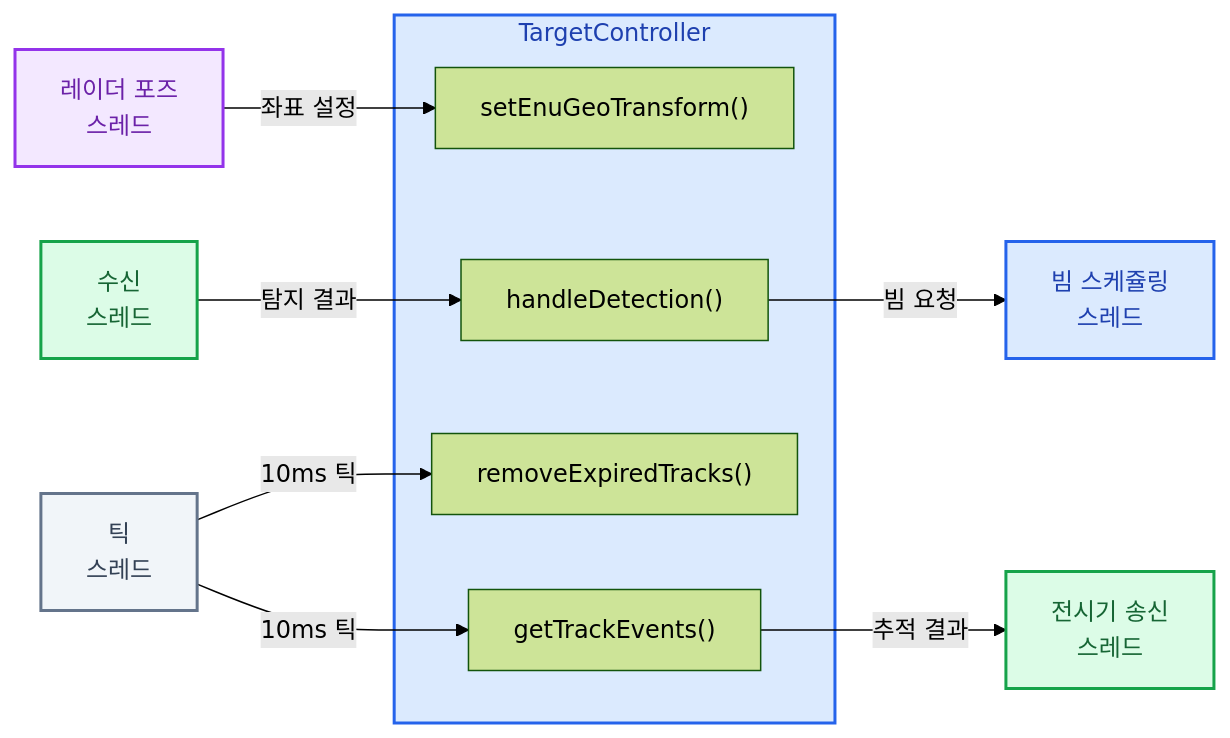
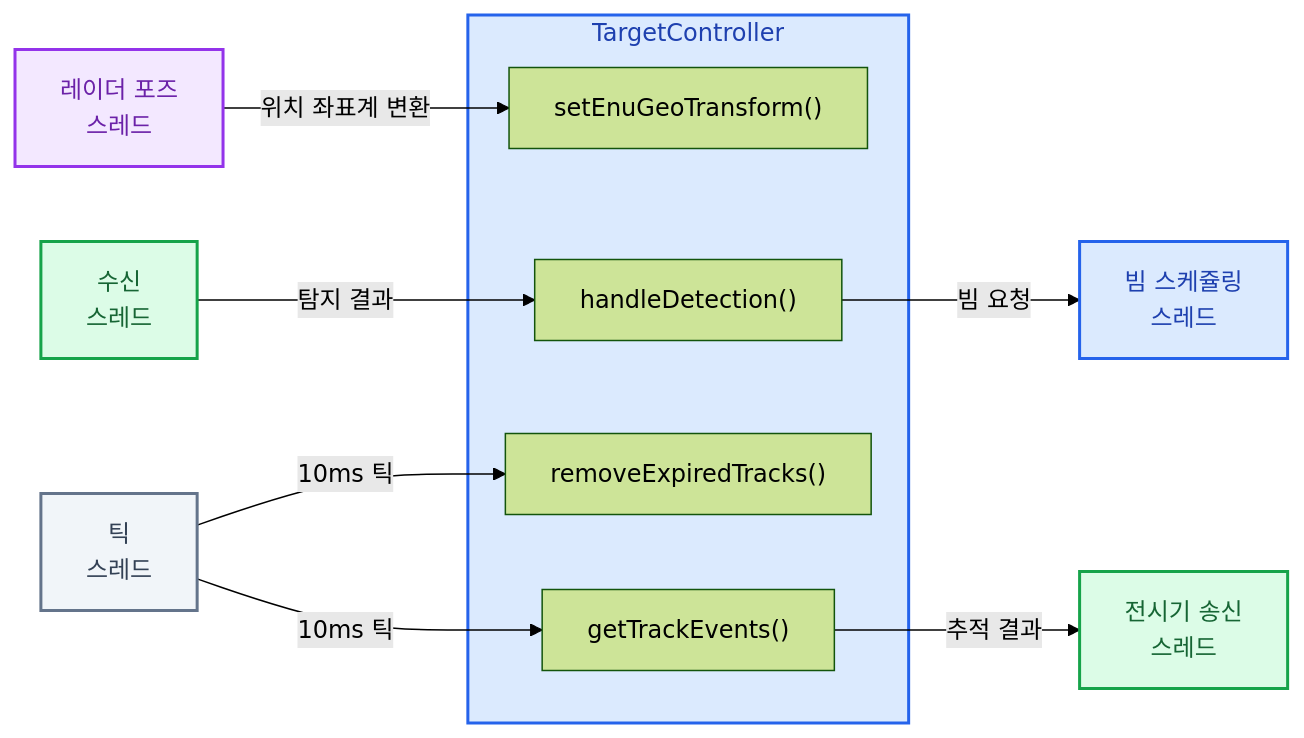
Before and after one commit to AESAlien/aesa-processor: the first of 3 diagrams in src/target/README.md, drawn with Mermaid (forest theme). The commit also changed other lines of this file and 9 other files, not shown here.

````diff
--- a/src/target/README.md
+++ b/src/target/README.md
@@ -39,33 +39,33 @@
 ```mermaid
 flowchart LR
     CommReceiveWorker[수신<br/>스레드]
     PoseWorker[레이더 포즈<br/>스레드]
     TickWorker[틱<br/>스레드]
     BeamWorker[빔 스케쥴링<br/>스레드]
     ConsoleSendWorker[전시기 송신<br/>스레드]
 
     subgraph TargetController
         setEnuGeoTransform["setEnuGeoTransform()"]
         handleDetection["handleDetection()"]
         removeExpiredTracks["removeExpiredTracks()"]
         getTrackEvents["getTrackEvents()"]
     end
 
     CommReceiveWorker -->|탐지 결과| handleDetection
-    PoseWorker -->|좌표 설정| setEnuGeoTransform
+    PoseWorker -->|위치 좌표계 변환| setEnuGeoTransform
     handleDetection -->|빔 요청| BeamWorker
     TickWorker -->|10ms 틱| removeExpiredTracks
     TickWorker -->|10ms 틱| getTrackEvents
     getTrackEvents -->|추적 결과| ConsoleSendWorker
 
     classDef communication fill:#DCFCE7,stroke:#16A34A,color:#166534,stroke-width:2px
     classDef processing fill:#DBEAFE,stroke:#2563EB,color:#1E40AF,stroke-width:2px
     classDef utility fill:#F3E8FF,stroke:#9333EA,color:#6B21A8,stroke-width:2px
     classDef control fill:#F1F5F9,stroke:#64748B,color:#334155,stroke-width:2px
 
     class CommReceiveWorker,ConsoleSendWorker communication
     class BeamWorker processing
     class PoseWorker utility
     class TickWorker control
     style TargetController fill:#DBEAFE,stroke:#2563EB,color:#1E40AF,stroke-width:2px
 ```
````
